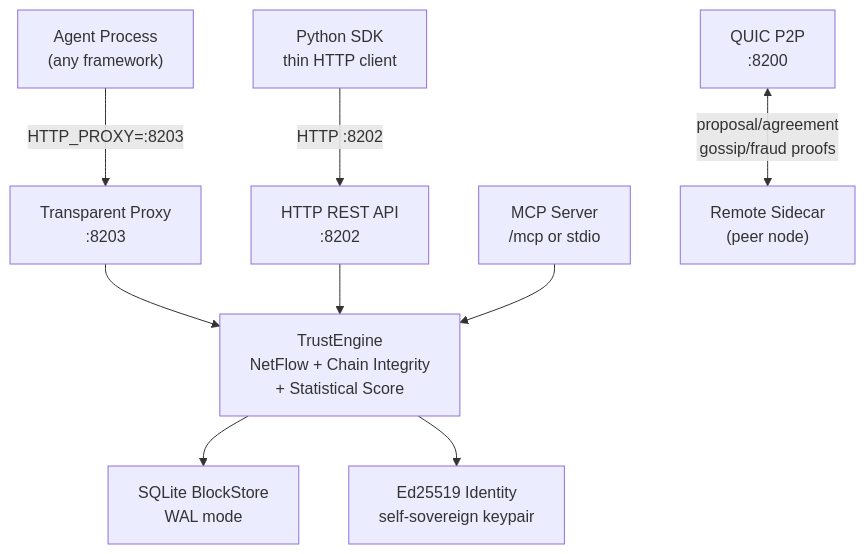
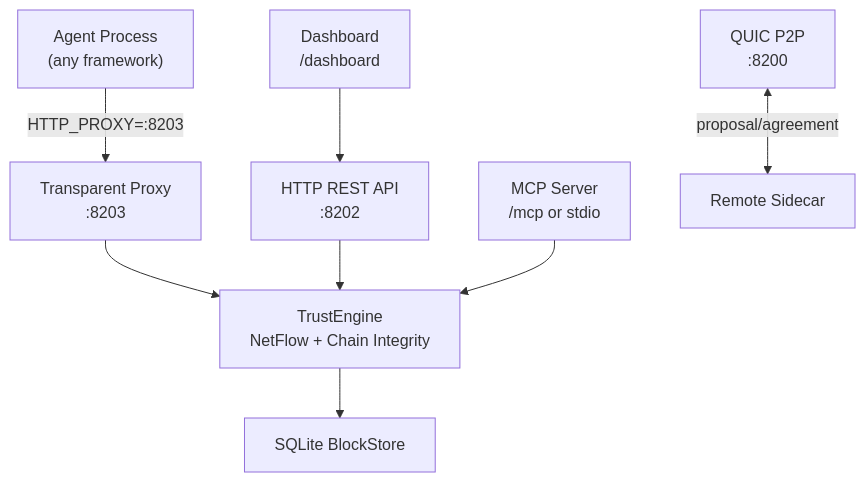
One commit to viftode4/trustchain changed the diagram in README.md. Above: the diagram before and after it, drawn with Mermaid. The commit also changed other lines of this file, not shown here.

Commit message:
docs: update README with dashboard, trust headers, correct links

````diff
--- a/README.md
+++ b/README.md
@@ -29,21 +72,19 @@
 ```mermaid
 graph TD
     Agent["Agent Process\n(any framework)"]
-    SDK["Python SDK\nthin HTTP client"]
     Proxy["Transparent Proxy\n:8203"]
     HTTP["HTTP REST API\n:8202"]
     QUIC["QUIC P2P\n:8200"]
+    Dashboard["Dashboard\n/dashboard"]
     MCP["MCP Server\n/mcp or stdio"]
-    Core["TrustEngine\nNetFlow + Chain Integrity\n+ Statistical Score"]
-    Store["SQLite BlockStore\nWAL mode"]
-    Identity["Ed25519 Identity\nself-sovereign keypair"]
+    Core["TrustEngine\nNetFlow + Chain Integrity"]
+    Store["SQLite BlockStore"]
 
     Agent -->|HTTP_PROXY=:8203| Proxy
-    SDK -->|HTTP :8202| HTTP
     Proxy --> Core
     HTTP --> Core
+    Dashboard --> HTTP
     MCP --> Core
     Core --> Store
-    Core --> Identity
-    QUIC <-->|proposal/agreement\ngossip/fraud proofs| RemoteSidecar["Remote Sidecar\n(peer node)"]
+    QUIC <-->|proposal/agreement| RemoteSidecar["Remote Sidecar"]
 ```
````
